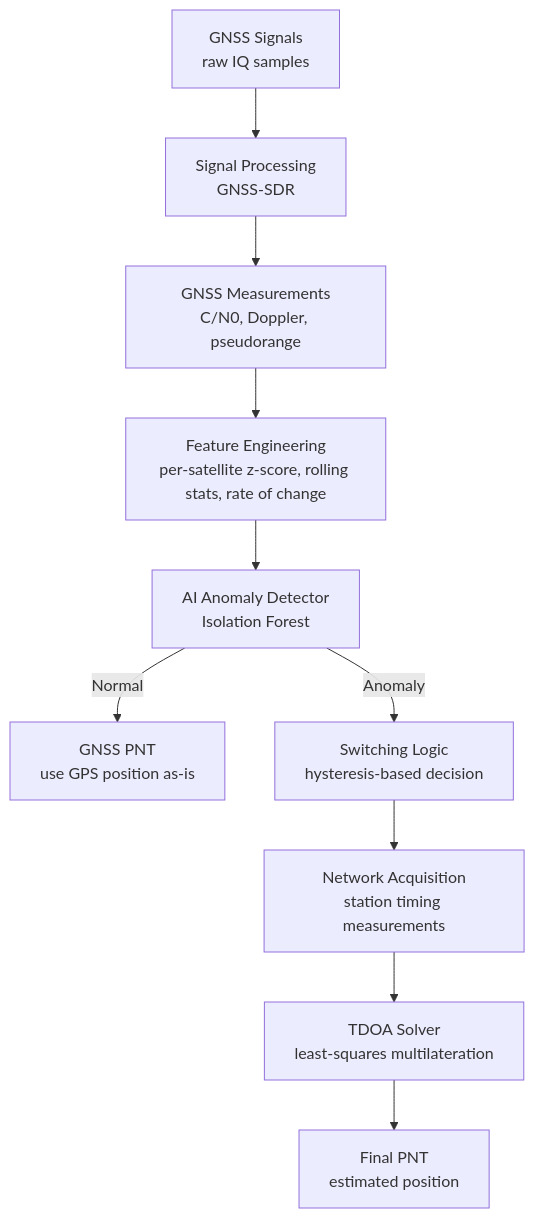
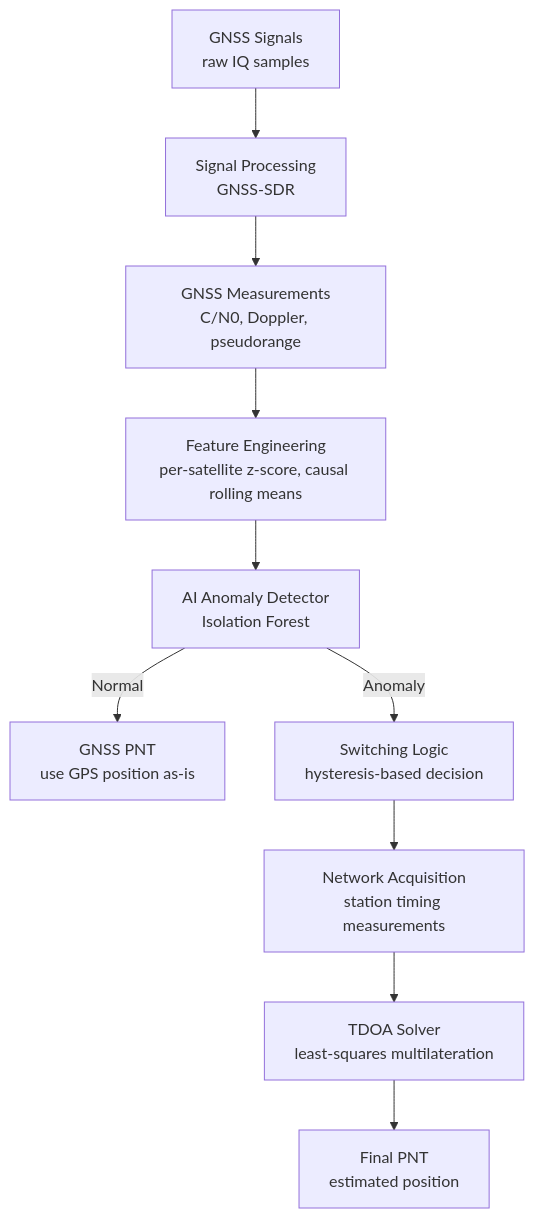
Before and after one commit to rahmaayman1/AI-PNT-Assistant: the diagram in README.md, drawn with Mermaid. The commit also changed other lines of this file, not shown here.

````diff
--- a/README.md
+++ b/README.md
@@ -87,12 +100,12 @@
 ```mermaid
 flowchart TD
     A[GNSS Signals<br/>raw IQ samples] --> B[Signal Processing<br/>GNSS-SDR]
     B --> C[GNSS Measurements<br/>C/N0, Doppler, pseudorange]
-    C --> D[Feature Engineering<br/>per-satellite z-score, rolling stats, rate of change]
+    C --> D[Feature Engineering<br/>per-satellite z-score, causal rolling means]
     D --> E[AI Anomaly Detector<br/>Isolation Forest]
     E -->|Normal| F[GNSS PNT<br/>use GPS position as-is]
     E -->|Anomaly| G[Switching Logic<br/>hysteresis-based decision]
     G --> H[Network Acquisition<br/>station timing measurements]
     H --> I[TDOA Solver<br/>least-squares multilateration]
     I --> J[Final PNT<br/>estimated position]
 ```
````
